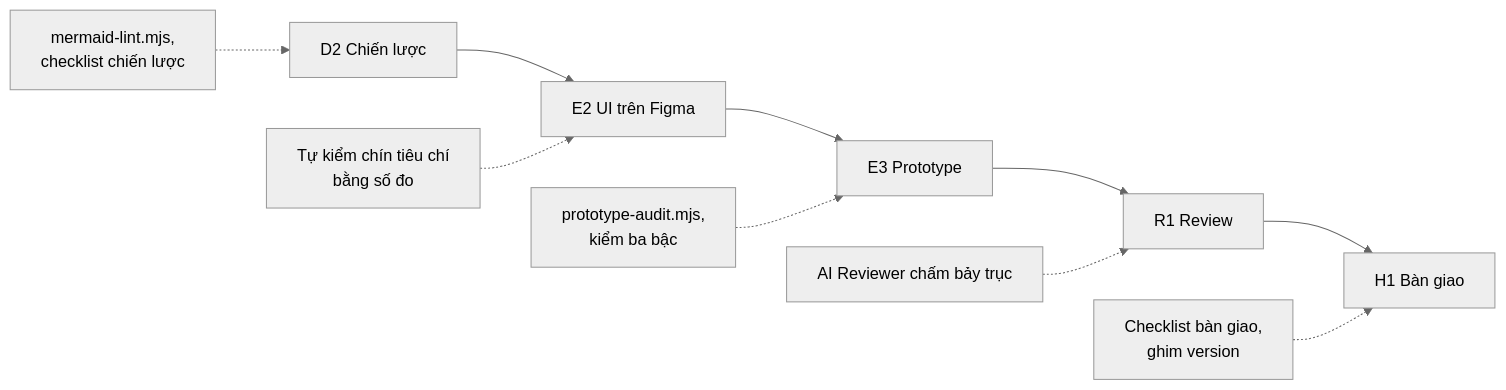
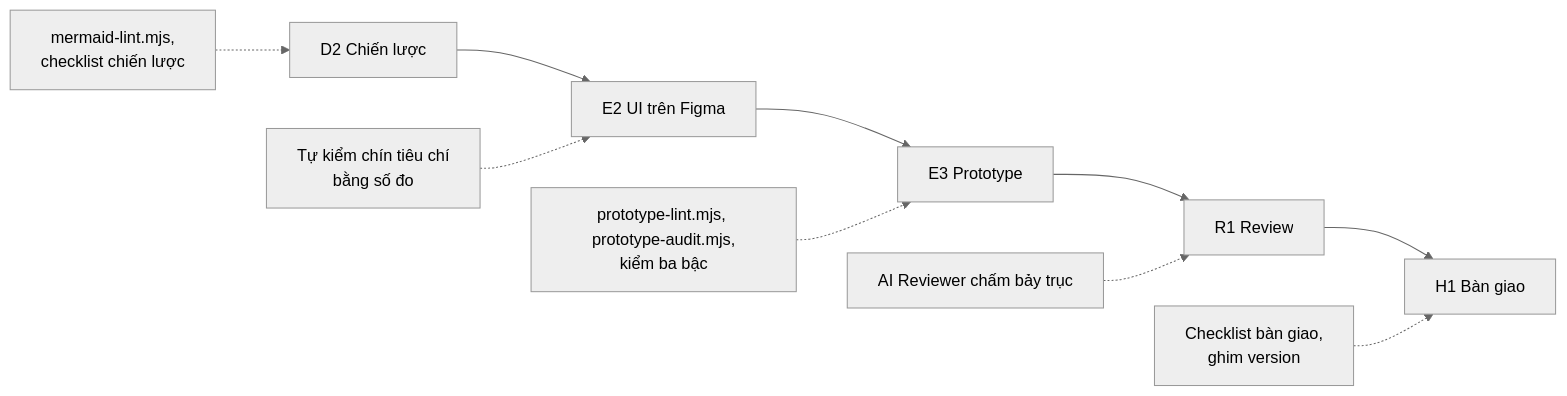
One commit to buidhui/uiux_workflow changed the sixth of 10 diagrams in README.md. Above: the diagram before and after it, drawn with Mermaid (neutral theme). The commit also changed other lines of this file and 10 other files, not shown here.

First line of the commit message:
Chuẩn file prototype và script prototype-lint.mjs

````diff
--- a/README.md
+++ b/README.md
@@ -303,9 +303,9 @@
 ```mermaid
 flowchart LR
   D2["D2 Chiến lược"] --> E2["E2 UI trên Figma"] --> E3["E3 Prototype"] --> R1["R1 Review"] --> H1["H1 Bàn giao"]
   K1["mermaid-lint.mjs,<br/>checklist chiến lược"] -.-> D2
   K2["Tự kiểm chín tiêu chí<br/>bằng số đo"] -.-> E2
-  K3["prototype-audit.mjs,<br/>kiểm ba bậc"] -.-> E3
+  K3["prototype-lint.mjs, prototype-audit.mjs,<br/>kiểm ba bậc"] -.-> E3
   K4["AI Reviewer chấm bảy trục"] -.-> R1
   K5["Checklist bàn giao,<br/>ghim version"] -.-> H1
 ```
````
